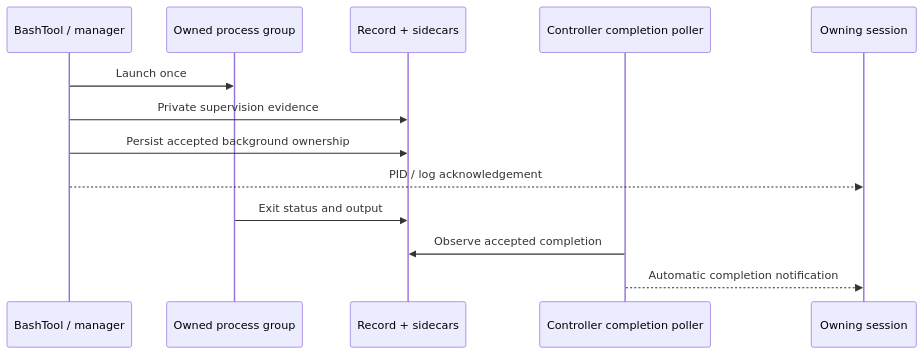
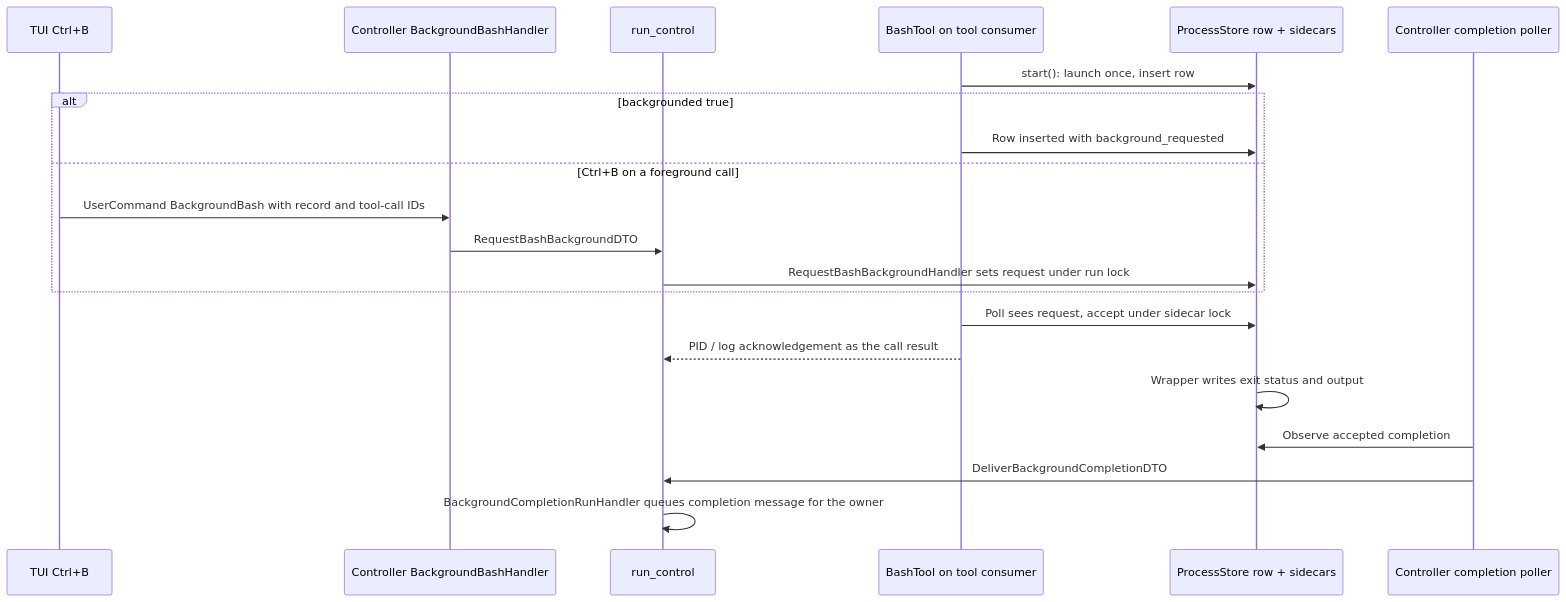
The third of 3 diagrams in architecture/backgrounding.md (ineersa/agent-core), drawn with Mermaid before and after one commit. The commit also changed other lines of this file and 86 other files, not shown here.

First line of the commit message:
Fix documentation drift and expand architecture diagrams

````diff
--- a/architecture/backgrounding.md
+++ b/architecture/backgrounding.md
@@ -33,15 +56,23 @@
 ```mermaid
 sequenceDiagram
-    participant Bash as BashTool / manager
-    participant Process as Owned process group
-    participant Store as Record + sidecars
+    participant TUI as TUI Ctrl+B
+    participant Ctl as Controller BackgroundBashHandler
+    participant RC as run_control
+    participant Bash as BashTool on tool consumer
+    participant Store as ProcessStore row + sidecars
     participant Poller as Controller completion poller
-    participant Owner as Owning session
-    Bash->>Process: Launch once
-    Bash->>Store: Private supervision evidence
-    Bash->>Store: Persist accepted background ownership
-    Bash-->>Owner: PID / log acknowledgement
-    Process->>Store: Exit status and output
+    Bash->>Store: start(): launch once, insert row
+    alt backgrounded true
+        Bash->>Store: Row inserted with background_requested
+    else Ctrl+B on a foreground call
+        TUI->>Ctl: UserCommand BackgroundBash with record and tool-call IDs
+        Ctl->>RC: RequestBashBackgroundDTO
+        RC->>Store: RequestBashBackgroundHandler sets request under run lock
+    end
+    Bash->>Store: Poll sees request, accept under sidecar lock
+    Bash-->>RC: PID / log acknowledgement as the call result
+    Store->>Store: Wrapper writes exit status and output
     Poller->>Store: Observe accepted completion
-    Poller-->>Owner: Automatic completion notification
+    Poller->>RC: DeliverBackgroundCompletionDTO
+    RC->>RC: BackgroundCompletionRunHandler queues completion message for the owner
 ```
````
